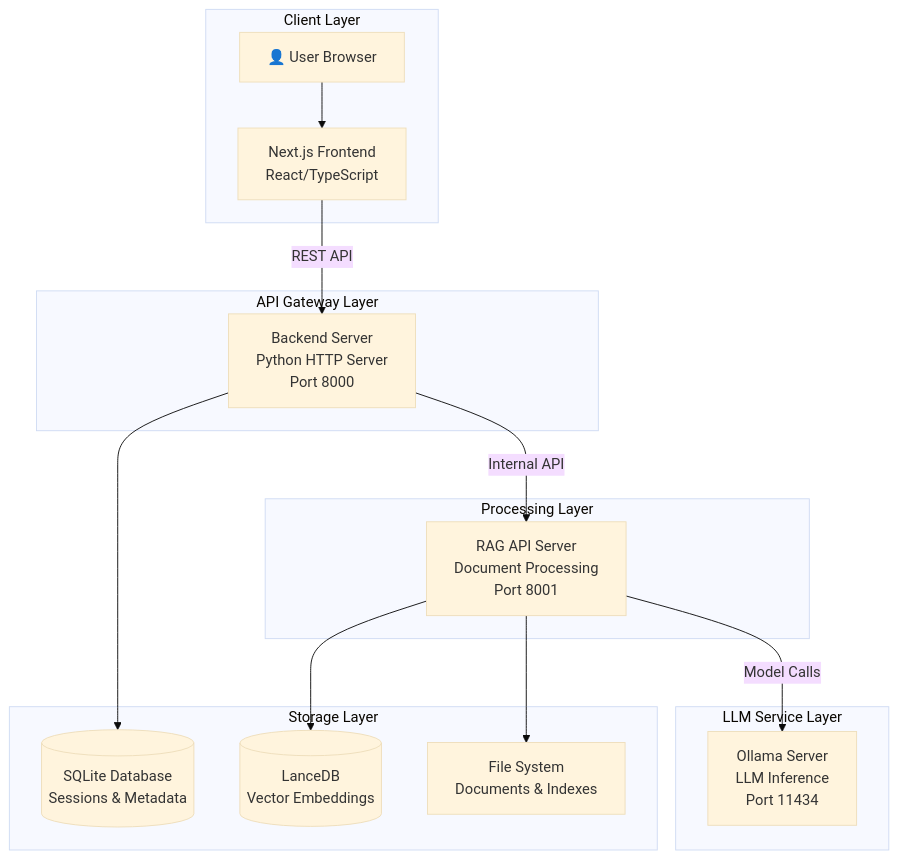
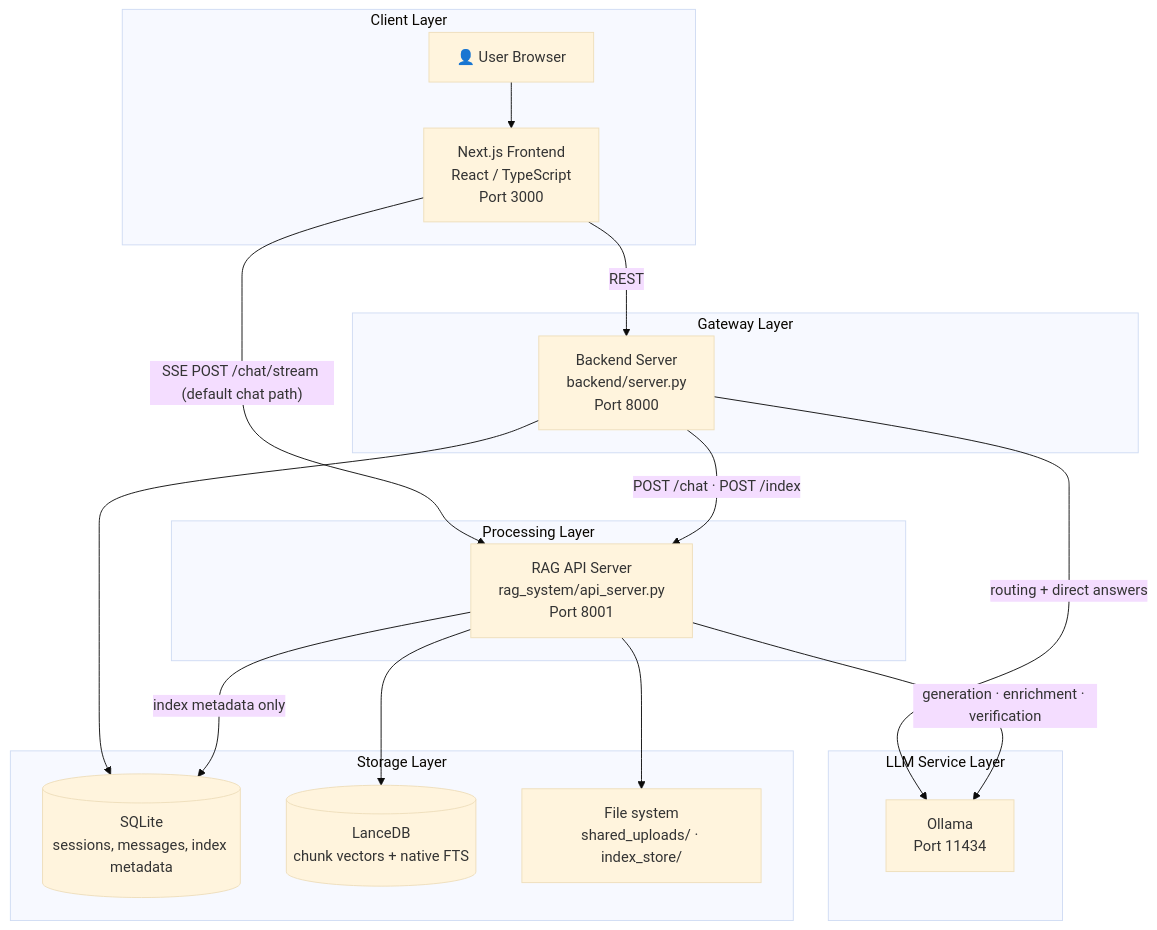
The diagram in Documentation/system_overview.md (PromtEngineer/localGPT), drawn with Mermaid (base theme) before and after one commit. The commit also changed other lines of this file and 110 other files, not shown here.

````diff
--- a/Documentation/system_overview.md
+++ b/Documentation/system_overview.md
@@ -15,33 +15,36 @@
 ```mermaid
 graph TB
     subgraph "Client Layer"
-        Browser[👤 User Browser]
-        UI[Next.js Frontend<br/>React/TypeScript]
+        Browser["👤 User Browser"]
+        UI["Next.js Frontend<br/>React / TypeScript<br/>Port 3000"]
         Browser --> UI
     end
-    
-    subgraph "API Gateway Layer"
-        Backend[Backend Server<br/>Python HTTP Server<br/>Port 8000]
-        UI -->|REST API| Backend
+
+    subgraph "Gateway Layer"
+        Backend["Backend Server<br/>backend/server.py<br/>Port 8000"]
     end
-    
+
     subgraph "Processing Layer"
-        RAG[RAG API Server<br/>Document Processing<br/>Port 8001]
-        Backend -->|Internal API| RAG
+        RAG["RAG API Server<br/>rag_system/api_server.py<br/>Port 8001"]
     end
-    
+
     subgraph "LLM Service Layer"
-        Ollama[Ollama Server<br/>LLM Inference<br/>Port 11434]
-        RAG -->|Model Calls| Ollama
+        Ollama["Ollama<br/>Port 11434"]
     end
-    
+
     subgraph "Storage Layer"
-        SQLite[(SQLite Database<br/>Sessions & Metadata)]
-        LanceDB[(LanceDB<br/>Vector Embeddings)]
-        FileSystem[File System<br/>Documents & Indexes]
-        
-        Backend --> SQLite
-        RAG --> LanceDB
-        RAG --> FileSystem
+        SQLite[("SQLite<br/>sessions, messages, index metadata")]
+        LanceDB[("LanceDB<br/>chunk vectors + native FTS")]
+        FileSystem["File system<br/>shared_uploads/ · index_store/"]
     end
+
+    UI -->|"REST"| Backend
+    UI -->|"SSE POST /chat/stream (default chat path)"| RAG
+    Backend -->|"POST /chat · POST /index"| RAG
+    Backend -->|"routing + direct answers"| Ollama
+    RAG -->|"generation · enrichment · verification"| Ollama
+    Backend --> SQLite
+    RAG -->|"index metadata only"| SQLite
+    RAG --> LanceDB
+    RAG --> FileSystem
 ```
````
